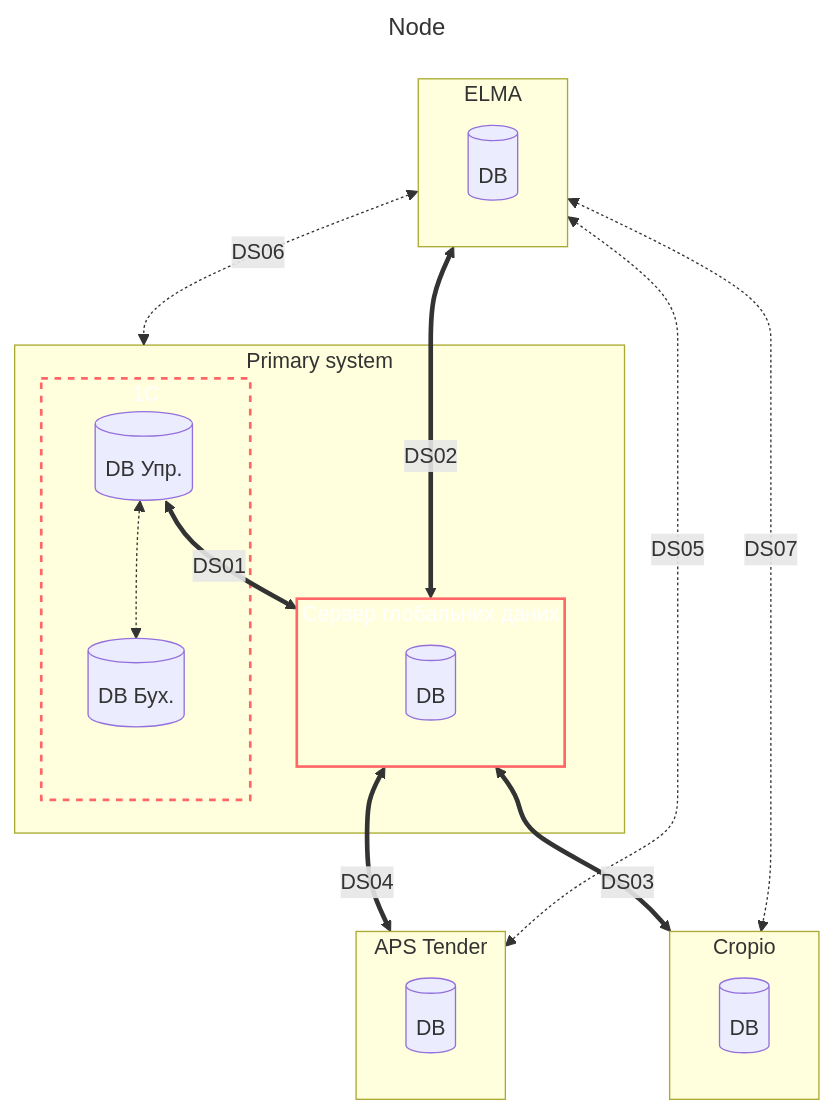
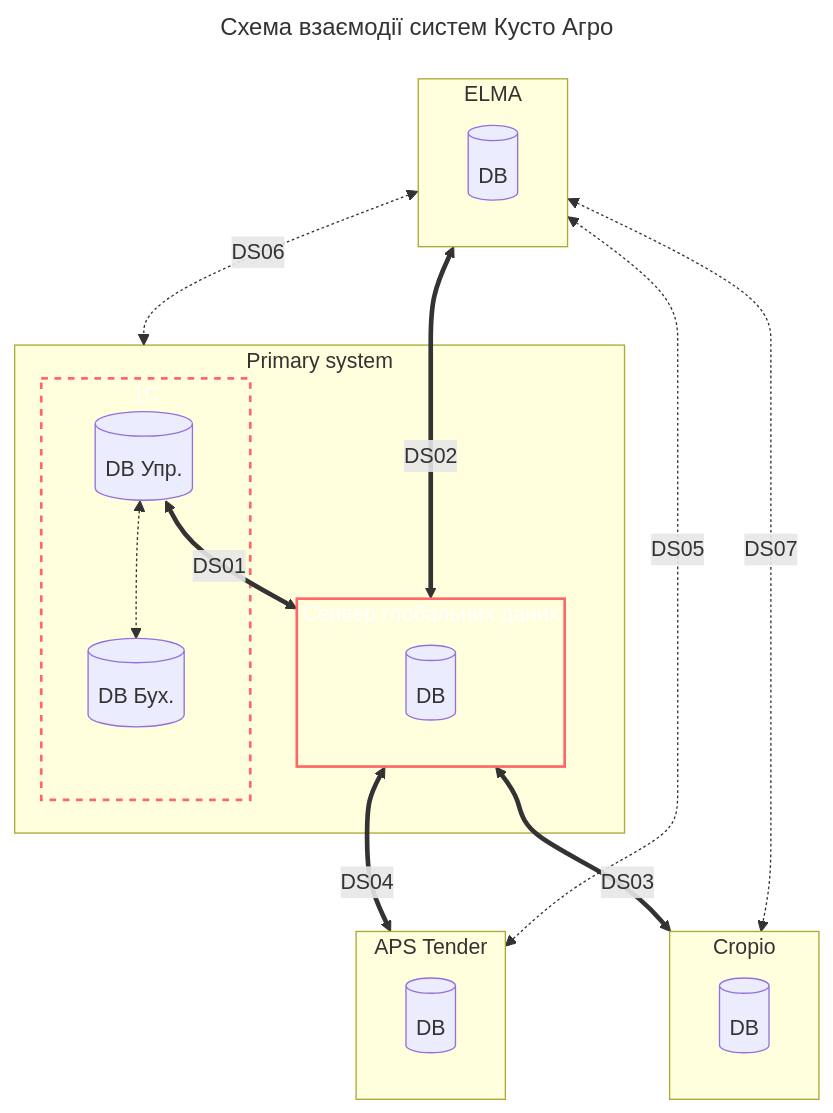
One commit to Zorin-Mykhailo/Kusto changed the diagram in README.md. Above: the diagram before and after it, drawn with Mermaid. The commit also changed other lines of this file, not shown here.

````diff
--- a/README.md
+++ b/README.md
@@ -1,43 +1,43 @@
 ```mermaid
 ---
-title: Node
+title: Схема взаємодії систем Кусто Агро
 ---
 flowchart TD
     subgraph PS ["Primary system"]
         subgraph OneS ["1C"]
         OneS_DB_Mng[("DB Упр.")]
         OneS_DB_Acc[("DB Бух.")]
         
         OneS_DB_Mng <.-> OneS_DB_Acc
         end
 
         subgraph GDS["Сервер глобальних даних"]
         KGDS_DB[(DB)]
         end
     end
     
     
     subgraph Elma ["ELMA"]
     Elma_DB[(DB)]
     end
 
     subgraph Cropio ["Cropio"]
     Cropio_DB[(DB)]
     end
 
     subgraph Aps ["APS Tender"]
     Aps_DB[(DB)]
     end
     
     
     OneS_DB_Mng <==>|DS01| GDS
     GDS <==>|DS02| Elma
     GDS <==>|DS03| Cropio
     GDS <==>|DS04| Aps
     Elma <-.->|DS05| Aps
     Elma <-.->|DS06| OneS
     Elma <-.->|DS07| Cropio
     
     style GDS stroke:#f66,stroke-width:2px,color:#fff
     style OneS stroke:#f66,stroke-width:2px,color:#fff,stroke-dasharray: 5 5
 ```
````
